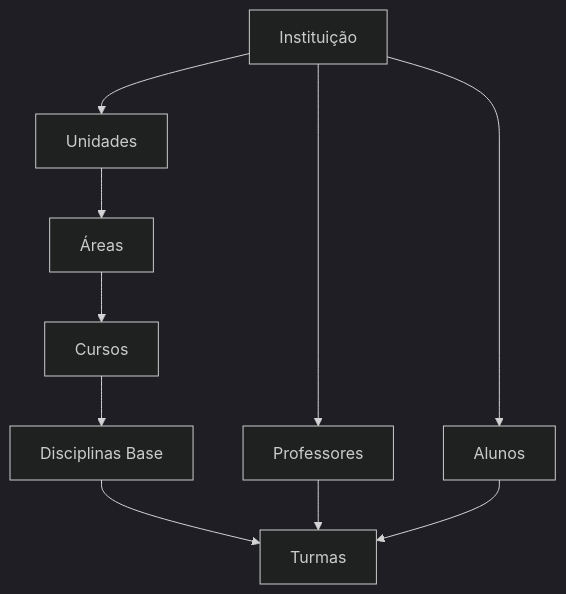
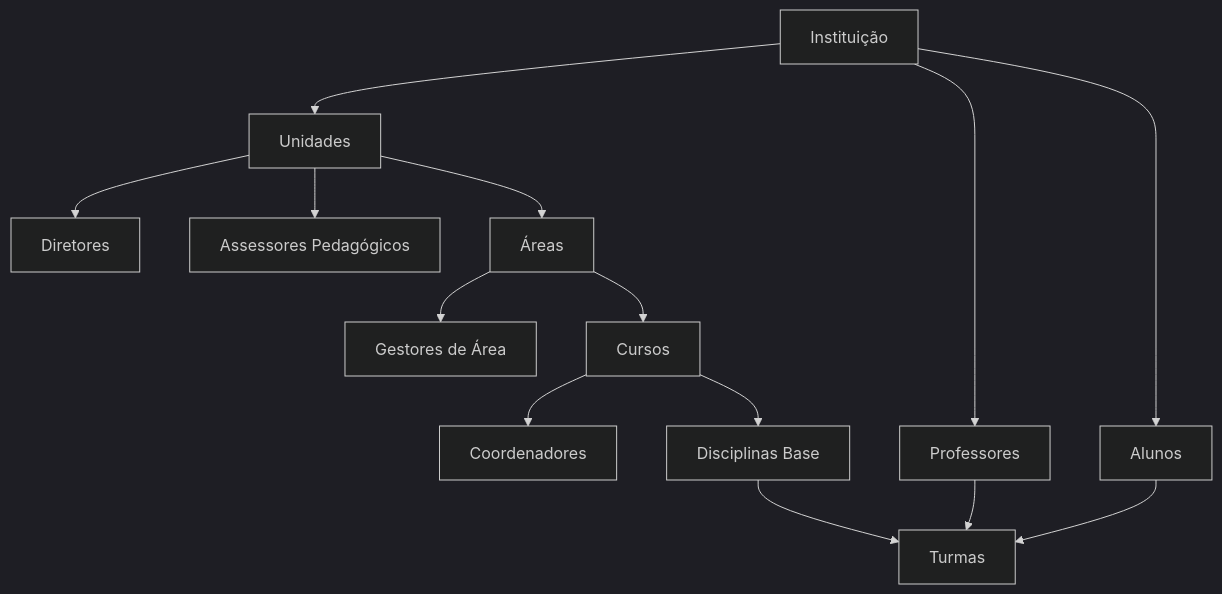
One commit to ldasistemas/proextend-integration-docs changed the first of 10 diagrams in docs/conceitos-fundamentais.md. Above: the diagram before and after it, drawn with Mermaid (dark theme). The commit also changed other lines of this file and 8 other files, not shown here.

````diff
--- a/docs/conceitos-fundamentais.md
+++ b/docs/conceitos-fundamentais.md
@@ -16,13 +16,22 @@
 ```mermaid
 flowchart TD
-    A[Instituição] --> B[Unidades]
-    B --> C[Áreas]
-    C --> D[Cursos]
-    D --> E[Disciplinas Base]
-    A --> F[Professores]
-    A --> G[Alunos]
-    E --> H[Turmas]
-    F --> H
-    G --> H
+    INST[Instituição]
 
+    INST --> UNI[Unidades]
+    INST --> PROF[Professores]
+    INST --> ALU[Alunos]
+
+    UNI --> DIR[Diretores]
+    UNI --> ASSES[Assessores Pedagógicos]
+    UNI --> AREA[Áreas]
+
+    AREA --> GEST[Gestores de Área]
+    AREA --> CURSO[Cursos]
+
+    CURSO --> COORD[Coordenadores]
+    CURSO --> DISC[Disciplinas Base]
+
+    DISC --> TURMA[Turmas]
+    PROF --> TURMA
+    ALU --> TURMA
 ```
````
